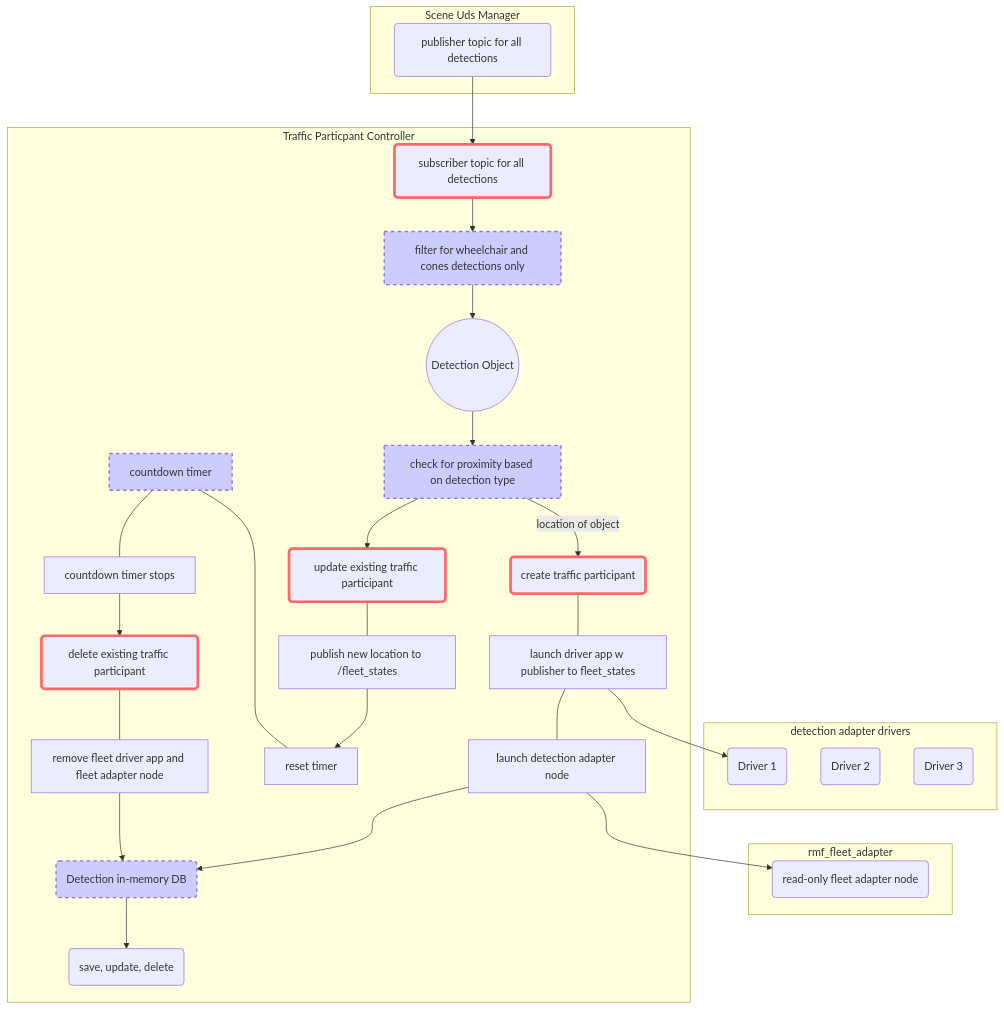
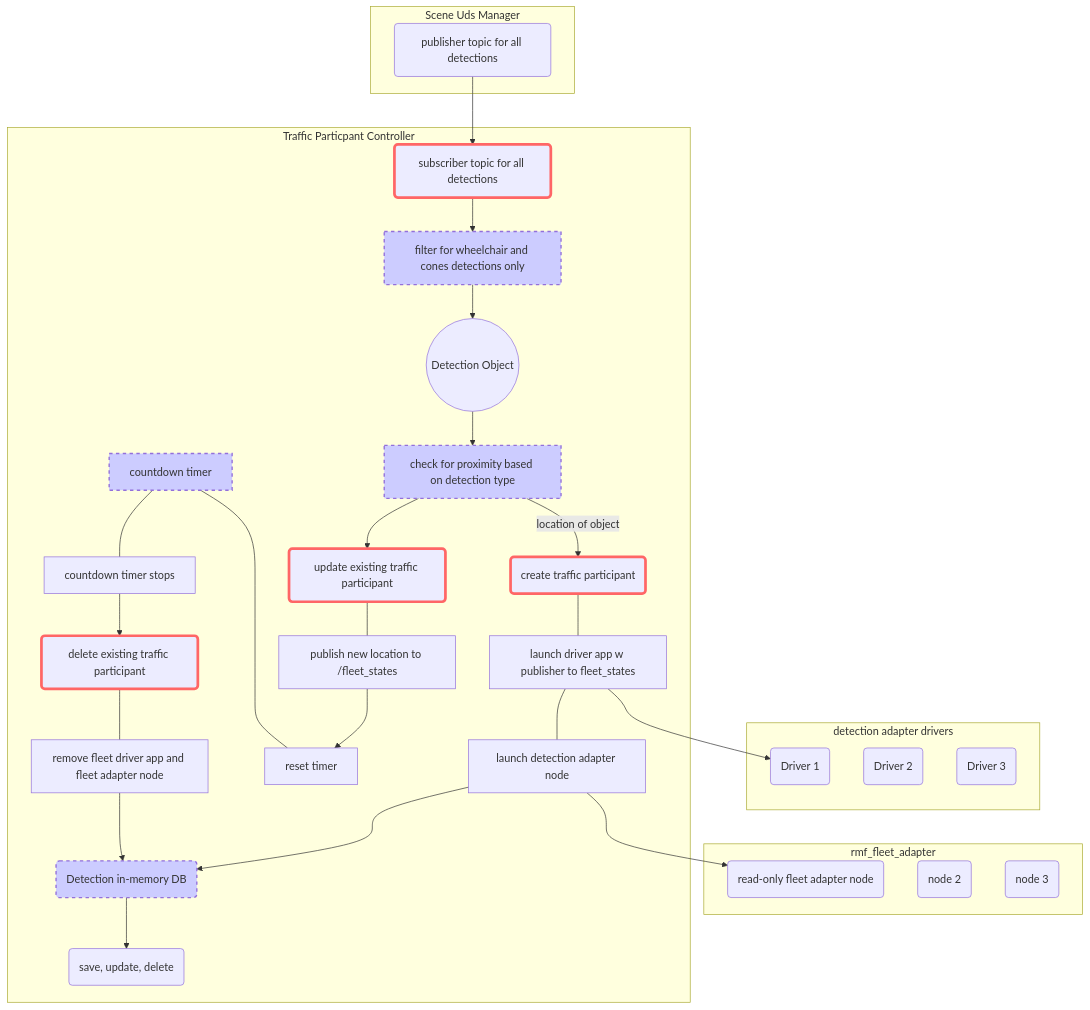
The diagram in README.md (mxgrey/su_traffic_participant), drawn with Mermaid before and after one commit.

````diff
--- a/README.md
+++ b/README.md
@@ -5,43 +5,45 @@
 ```mermaid
 graph TB
 
   Publisher --> Subscriber
   subgraph "Scene Uds Manager"
   Publisher(publisher topic for all detections)
   end
 
   subgraph "rmf_fleet_adapter"
   Node(read-only fleet adapter node)
+  N2(node 2)
+  N3(node 3)
   end
 
   subgraph "detection adapter drivers"
   Driver(Driver 1)
   Driver2(Driver 2)
   Driver3(Driver 3)
   end
 
   subgraph "Traffic Particpant Controller"
   Subscriber(subscriber topic for all detections)
   Subscriber --> FindClass[filter for wheelchair and cones detections only] --> Detection((Detection Object))
   Detection --> Proximity[check for proximity based on detection type]
   Proximity -- location of object --> Create(create traffic participant)
   DB(Detection in-memory DB) --> DBops(save, update, delete)
   Create --- C1[launch driver app w publisher to fleet_states] --- C2[launch detection adapter node] --> DB
   C1 --> Driver
   C2 --> Node
   Proximity --> Update(update existing traffic participant) 
   Update --- U1[publish new location to /fleet_states] --> TimerReset
   CountdownTimer[countdown timer] --- TimerReset[reset timer]
   CountdownTimer --- TimerStop[countdown timer stops] --> Delete(delete existing traffic participant)
   Delete --- D1[remove fleet driver app and fleet adapter node] --> DB
   style Subscriber stroke:#f66,stroke-width:4px
   style Create stroke:#f66,stroke-width:4px
   style Update stroke:#f66,stroke-width:4px
   style Delete stroke:#f66,stroke-width:4px
   style FindClass fill:#ccf,stroke-width:2px,stroke-dasharray: 5, 5
   style Proximity fill:#ccf,stroke-width:2px,stroke-dasharray: 5, 5
   style CountdownTimer fill:#ccf,stroke-width:2px,stroke-dasharray: 5, 5
   style DB fill:#ccf,stroke-width:2px,stroke-dasharray: 5, 5
 
 end
 ```
````
